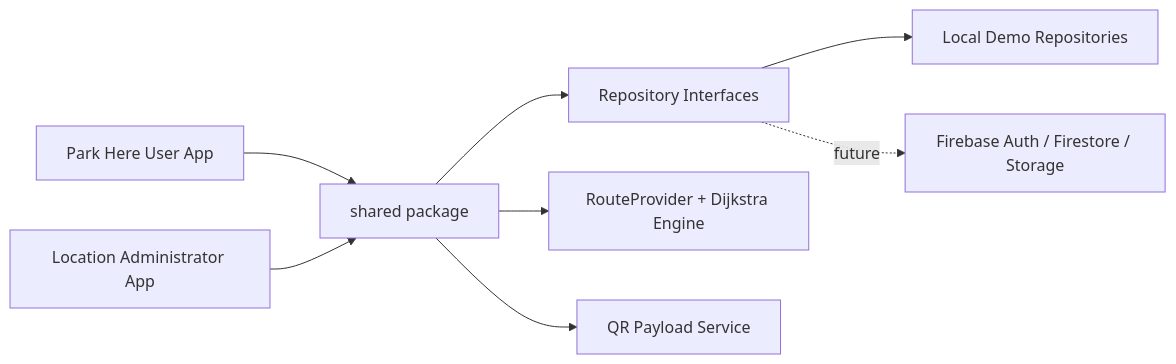
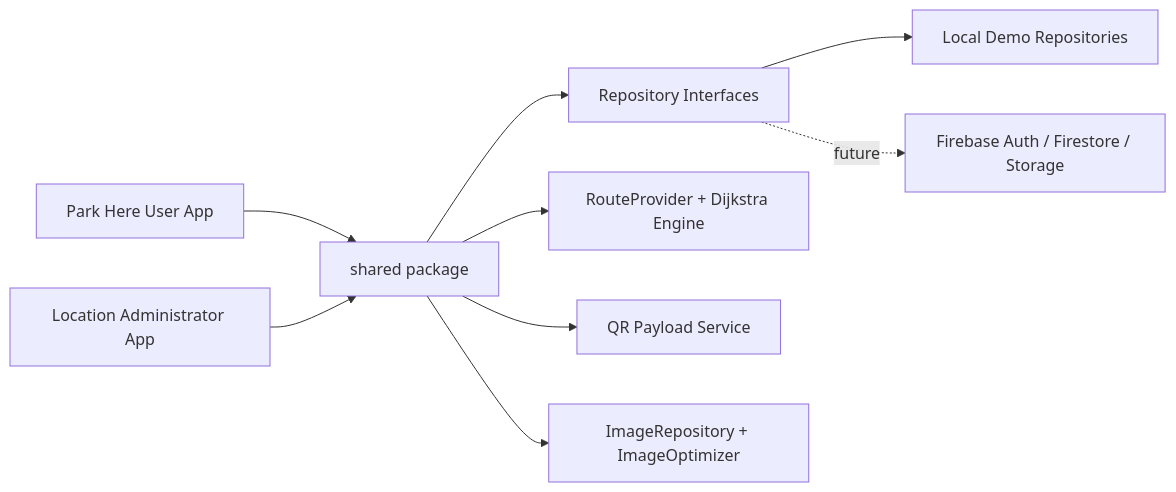
The first of 7 diagrams in docs/ARCHITECTURE.md (snehil-pandey/smart-parking-occupancy-system), drawn with Mermaid before and after one commit. The commit also changed other lines of this file and 23 other files, not shown here.

Commit message:
feat(images): add Firestore-first hybrid image architecture

````diff
--- a/docs/ARCHITECTURE.md
+++ b/docs/ARCHITECTURE.md
@@ -5,10 +5,11 @@
 ```mermaid
 flowchart LR
   UserApp["Park Here User App"] --> Shared["shared package"]
   AdminApp["Location Administrator App"] --> Shared
   Shared --> Repos["Repository Interfaces"]
   Repos --> Local["Local Demo Repositories"]
   Repos -. future .-> Firebase["Firebase Auth / Firestore / Storage"]
   Shared --> Routing["RouteProvider + Dijkstra Engine"]
   Shared --> QR["QR Payload Service"]
+  Shared --> Images["ImageRepository + ImageOptimizer"]
 ```
````
